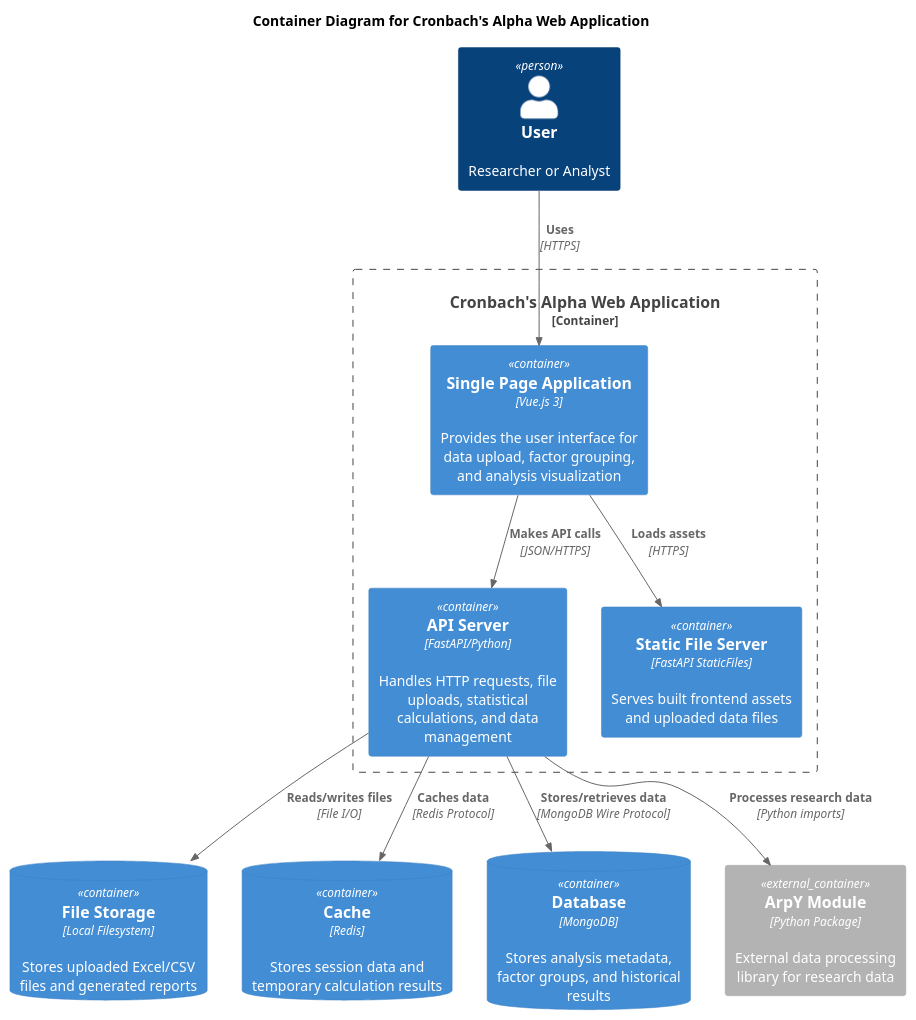
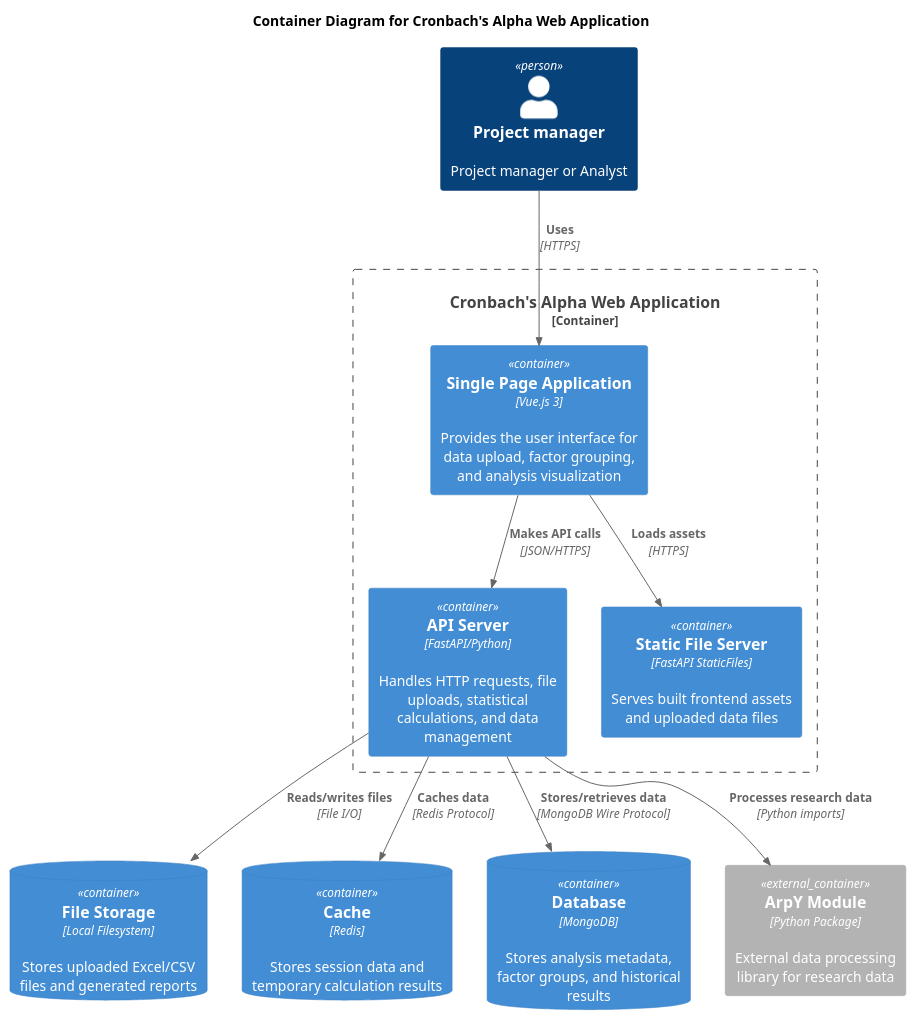
One commit to Lucas-vanerven/Internship-clone changed the diagram in diagrams/c4-level2-container.puml. Above: the diagram before and after it, drawn with PlantUML. The commit also changed 25 other files, not shown here.

```diff
--- a/diagrams/c4-level2-container.puml
+++ b/diagrams/c4-level2-container.puml
@@ -1,28 +1,28 @@
 @startuml C4_Container
 !include https://raw.githubusercontent.com/plantuml-stdlib/C4-PlantUML/master/C4_Container.puml
 
 title Container Diagram for Cronbach's Alpha Web Application
 
-Person(user, "User", "Researcher or Analyst")
+Person(user, "Project manager", "Project manager or Analyst")
 
 Container_Boundary(webapp, "Cronbach's Alpha Web Application") {
     Container(spa, "Single Page Application", "Vue.js 3", "Provides the user interface for data upload, factor grouping, and analysis visualization")
     Container(api, "API Server", "FastAPI/Python", "Handles HTTP requests, file uploads, statistical calculations, and data management")
     Container(static_files, "Static File Server", "FastAPI StaticFiles", "Serves built frontend assets and uploaded data files")
 }
 
 ContainerDb(file_storage, "File Storage", "Local Filesystem", "Stores uploaded Excel/CSV files and generated reports")
 ContainerDb(redis_cache, "Cache", "Redis", "Stores session data and temporary calculation results")
 ContainerDb(database, "Database", "MongoDB", "Stores analysis metadata, factor groups, and historical results")
 
 Container_Ext(arpy, "ArpY Module", "Python Package", "External data processing library for research data")
 
 Rel(user, spa, "Uses", "HTTPS")
 Rel(spa, api, "Makes API calls", "JSON/HTTPS")
 Rel(spa, static_files, "Loads assets", "HTTPS")
 Rel(api, file_storage, "Reads/writes files", "File I/O")
 Rel(api, redis_cache, "Caches data", "Redis Protocol")
 Rel(api, database, "Stores/retrieves data", "MongoDB Wire Protocol")
 Rel(api, arpy, "Processes research data", "Python imports")
 
 @enduml
```
